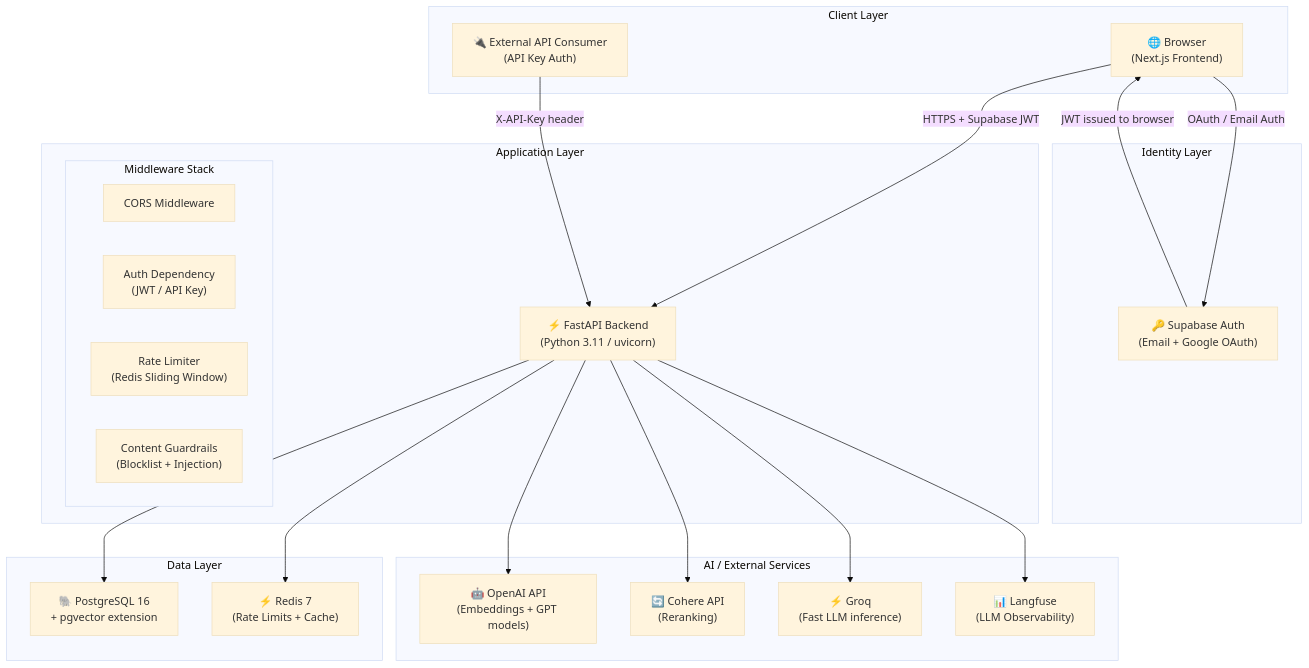
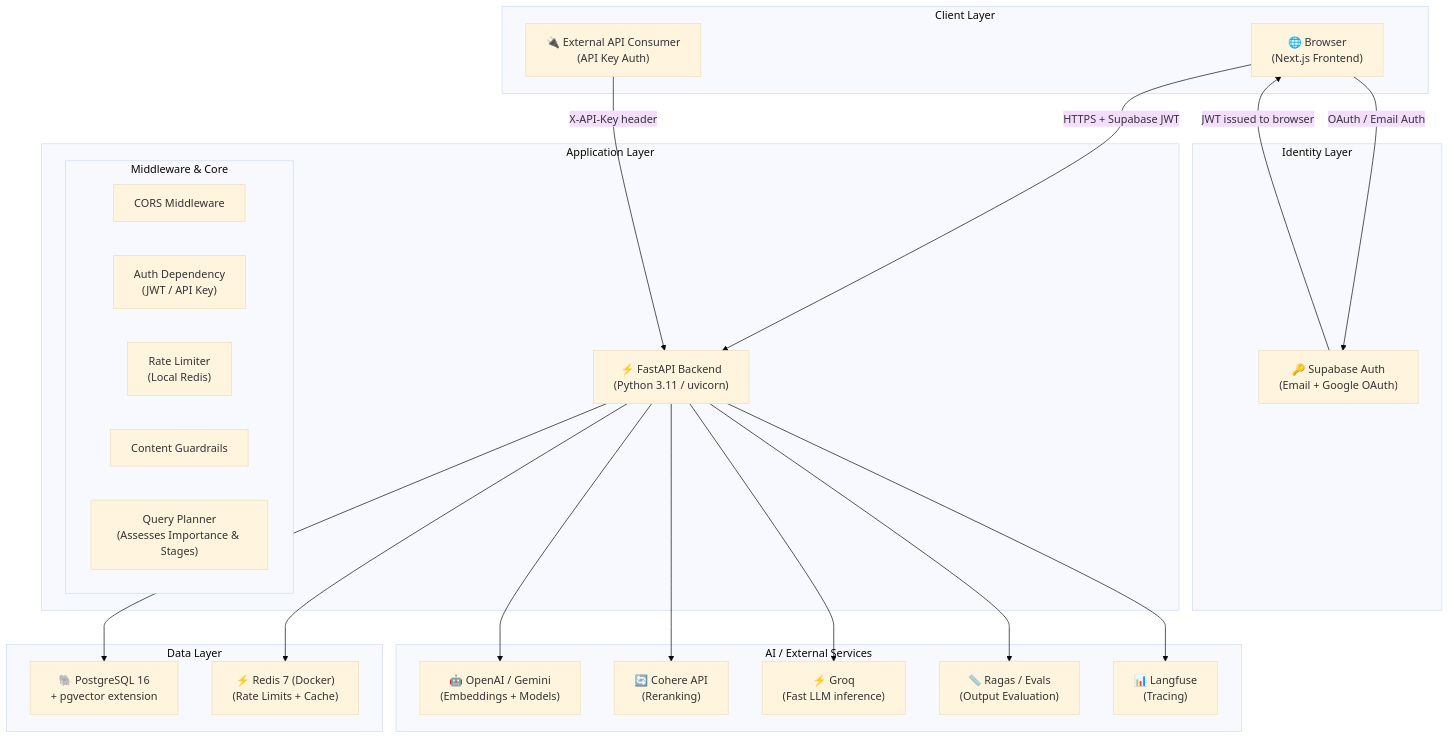
The first of 14 diagrams in docs/architecture.md (singhdeepakkk04/Ragify), drawn with Mermaid (base theme) before and after one commit. The commit also changed other lines of this file and 2 other files, not shown here.

Commit message:
fix(backend): resolved openai httpx conflict and redis ssl error; docs: updated architecture

````diff
--- a/docs/architecture.md
+++ b/docs/architecture.md
@@ -54,46 +56,49 @@
 ```mermaid
 graph TB
     subgraph "Client Layer"
         Browser["🌐 Browser\n(Next.js Frontend)"]
         ExternalAPI["🔌 External API Consumer\n(API Key Auth)"]
     end
 
     subgraph "Identity Layer"
         Supabase["🔑 Supabase Auth\n(Email + Google OAuth)"]
     end
 
     subgraph "Application Layer"
         FastAPI["⚡ FastAPI Backend\n(Python 3.11 / uvicorn)"]
         
-        subgraph "Middleware Stack"
+        subgraph "Middleware & Core"
             CORS["CORS Middleware"]
             AuthDep["Auth Dependency\n(JWT / API Key)"]
-            RateLimit["Rate Limiter\n(Redis Sliding Window)"]
-            Guardrails["Content Guardrails\n(Blocklist + Injection)"]
+            RateLimit["Rate Limiter\n(Local Redis)"]
+            Guardrails["Content Guardrails"]
+            QueryPlanner["Query Planner\n(Assesses Importance & Stages)"]
         end
     end
 
     subgraph "Data Layer"
         PG["🐘 PostgreSQL 16\n+ pgvector extension"]
-        Redis["⚡ Redis 7\n(Rate Limits + Cache)"]
+        Redis["⚡ Redis 7 (Docker)\n(Rate Limits + Cache)"]
     end
 
     subgraph "AI / External Services"
-        OpenAI["🤖 OpenAI API\n(Embeddings + GPT models)"]
+        OpenAI["🤖 OpenAI / Gemini\n(Embeddings + Models)"]
         Cohere["🔄 Cohere API\n(Reranking)"]
         Groq["⚡ Groq\n(Fast LLM inference)"]
-        Langfuse["📊 Langfuse\n(LLM Observability)"]
+        Ragas["📏 Ragas / Evals\n(Output Evaluation)"]
+        Langfuse["📊 Langfuse\n(Tracing)"]
     end
 
     Browser -- "HTTPS + Supabase JWT" --> FastAPI
     ExternalAPI -- "X-API-Key header" --> FastAPI
     Browser -- "OAuth / Email Auth" --> Supabase
     Supabase -- "JWT issued to browser" --> Browser
 
     FastAPI --> PG
     FastAPI --> Redis
     FastAPI --> OpenAI
     FastAPI --> Cohere
     FastAPI --> Groq
+    FastAPI --> Ragas
     FastAPI --> Langfuse
 ```
````
